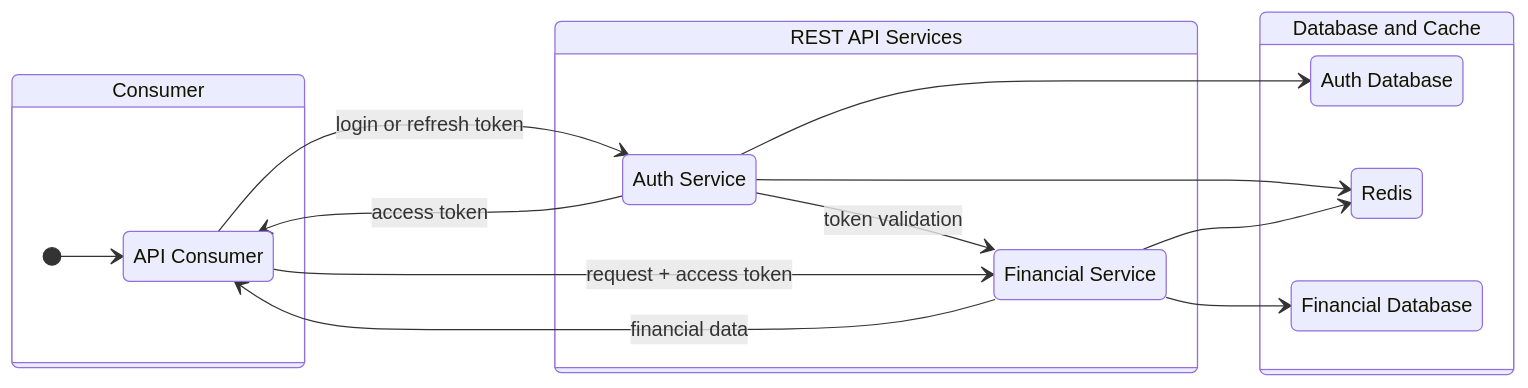
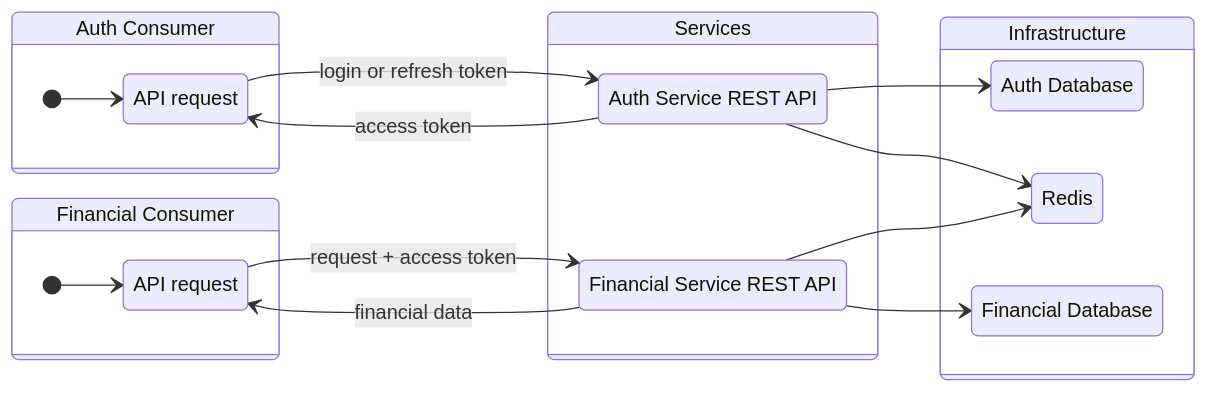
The first of 2 diagrams in README.md (shimisnow/poc-nestjs), drawn with Mermaid before and after one commit.

Commit message:
docs: improvement in readme

````diff
--- a/README.md
+++ b/README.md
@@ -41,31 +41,34 @@
 ```mermaid
 stateDiagram-v2
 direction LR
 
-state "Consumer" as consumer {
-    [*] --> api_consumer
-    state "API Consumer" as api_consumer
+state "Auth Consumer" as auth_consumer_group {
+    state "API request" as auth_consumer_api_call
+    [*] --> auth_consumer_api_call
+    auth_consumer_api_call --> auth: login or refresh token
+    auth --> auth_consumer_api_call: access token
 }
 
-state "REST API Services" as service {
-    state "Auth Service" as auth
-    state "Financial Service" as financial
-    auth --> financial: token validation
+state "Financial Consumer" as financial_consumer_group {
+    state "API request" as financial_consumer_api_call
+    [*] --> financial_consumer_api_call
+    financial_consumer_api_call --> financial: request + access token
+    financial --> financial_consumer_api_call: financial data
 }
 
-state "Database and Cache" as storage {
+state "Services" as service {
+    state "Auth Service REST API" as auth
+    state "Financial Service REST API" as financial
+}
+
+state "Infrastructure" as storage {
     state "Auth Database" as auth_db
     state "Redis" as redis
     state "Financial Database" as financial_db
 }
-
-api_consumer --> auth: login or refresh token
-auth --> api_consumer: access token
-api_consumer --> financial: request + access token
-financial --> api_consumer: financial data
 
 auth --> auth_db
 auth --> redis
 financial --> redis
 financial --> financial_db
 ```
````
